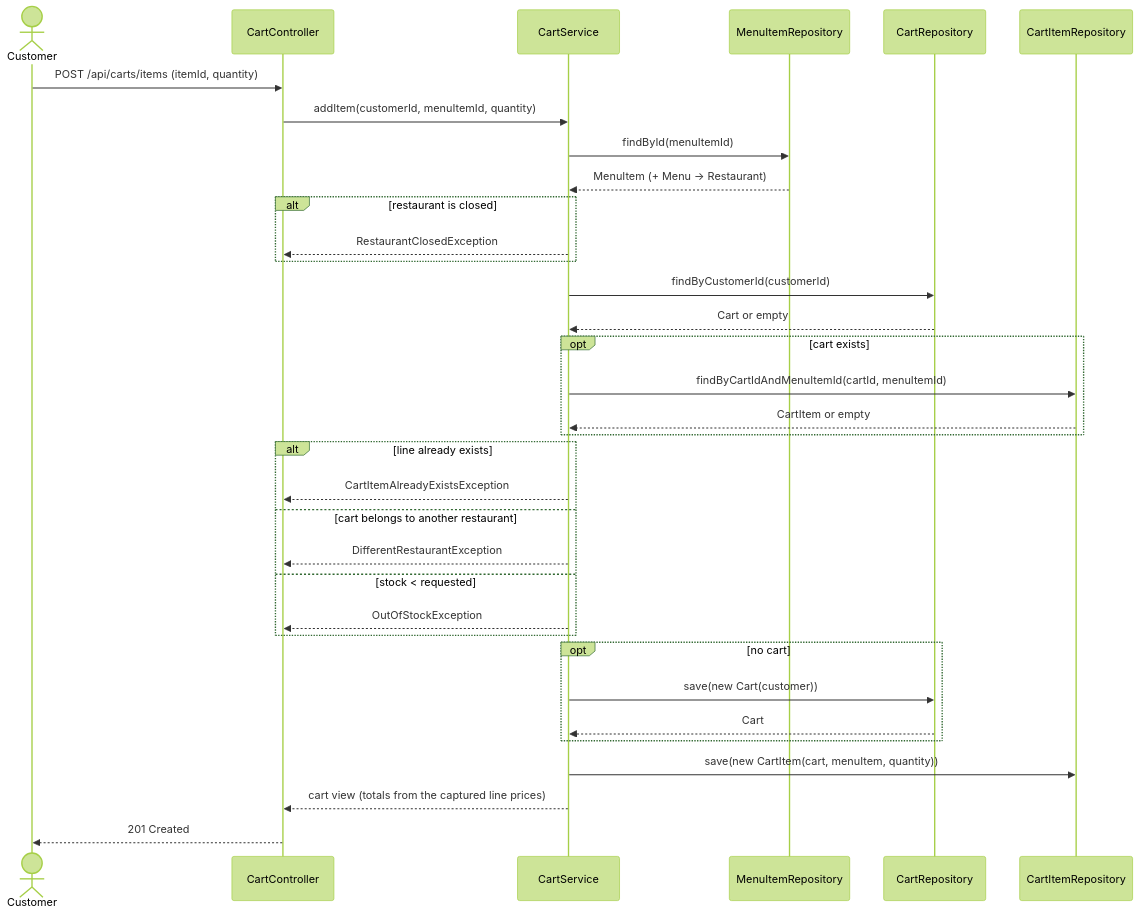
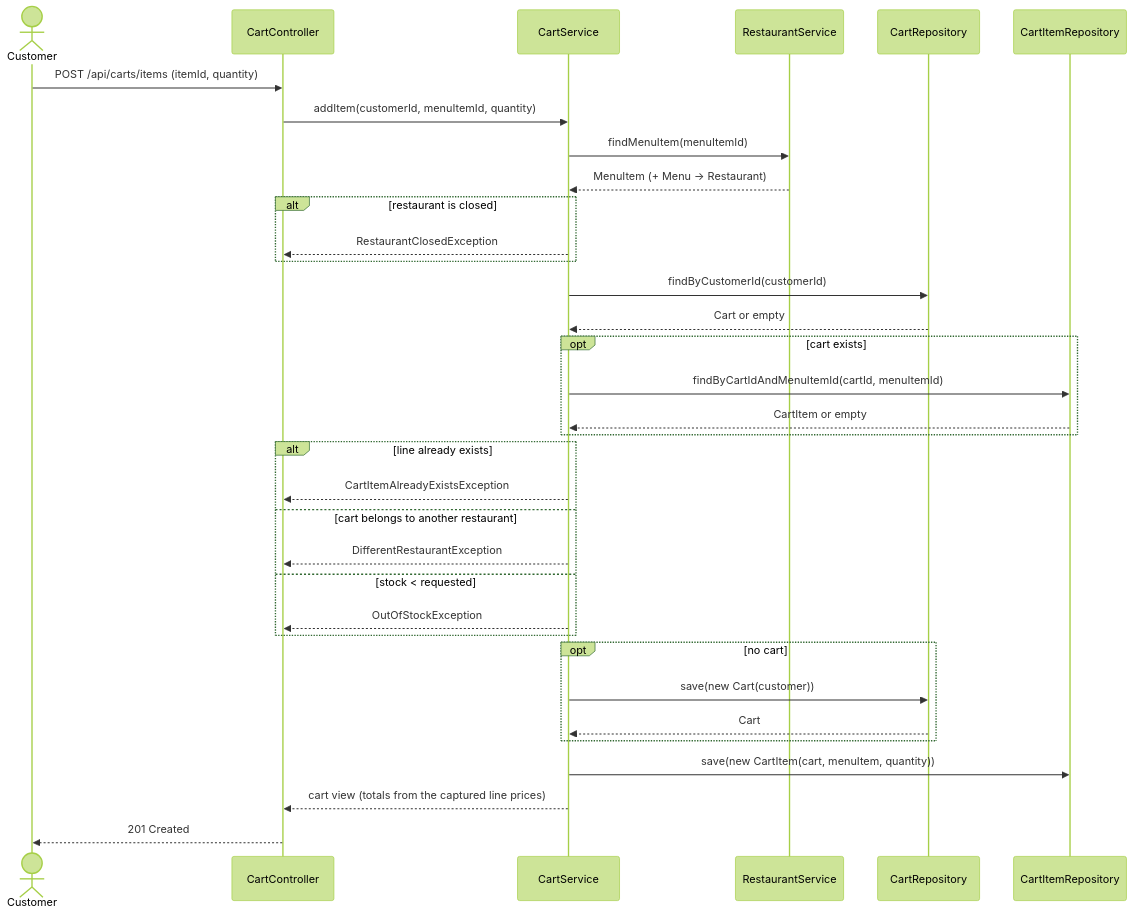
One commit to msmohammed0077-cmd/mentorship-restaurant changed the second of 2 diagrams in restaurant/.docs/use-cases/cart-management/add-cart-item/add-cart-item.md. Above: the diagram before and after it, drawn with Mermaid (forest theme). The commit also changed 10 other files, not shown here.

````diff
--- a/restaurant/.docs/use-cases/cart-management/add-cart-item/add-cart-item.md
+++ b/restaurant/.docs/use-cases/cart-management/add-cart-item/add-cart-item.md
@@ -98,45 +98,45 @@
 ```mermaid
 sequenceDiagram
     actor Customer
     participant C as CartController
     participant S as CartService
-    participant MIR as MenuItemRepository
+    participant RS as RestaurantService
     participant CR as CartRepository
     participant CIR as CartItemRepository
 
     Customer->>C: POST /api/carts/items (itemId, quantity)
     C->>S: addItem(customerId, menuItemId, quantity)
 
-    S->>MIR: findById(menuItemId)
-    MIR-->>S: MenuItem (+ Menu -> Restaurant)
+    S->>RS: findMenuItem(menuItemId)
+    RS-->>S: MenuItem (+ Menu -> Restaurant)
 
     alt restaurant is closed
         S-->>C: RestaurantClosedException
     end
 
     S->>CR: findByCustomerId(customerId)
     CR-->>S: Cart or empty
 
     opt cart exists
         S->>CIR: findByCartIdAndMenuItemId(cartId, menuItemId)
         CIR-->>S: CartItem or empty
     end
 
     alt line already exists
         S-->>C: CartItemAlreadyExistsException
     else cart belongs to another restaurant
         S-->>C: DifferentRestaurantException
     else stock < requested
         S-->>C: OutOfStockException
     end
 
     opt no cart
         S->>CR: save(new Cart(customer))
         CR-->>S: Cart
     end
 
     S->>CIR: save(new CartItem(cart, menuItem, quantity))
 
     S-->>C: cart view (totals from the captured line prices)
     C-->>Customer: 201 Created
 ```
````
